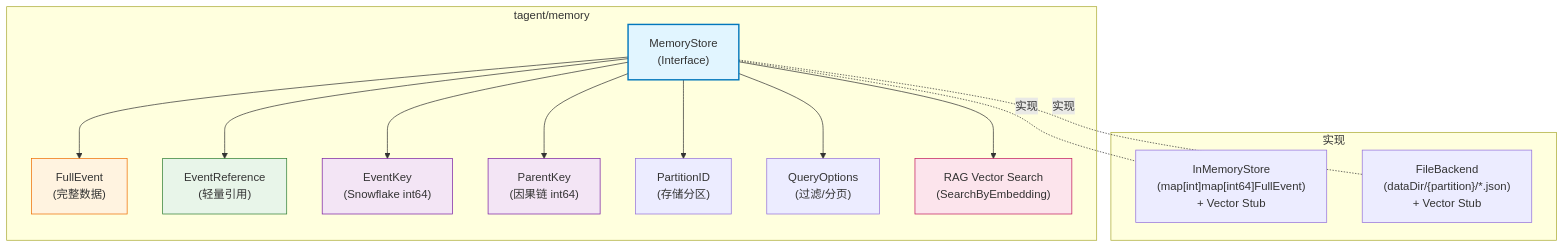
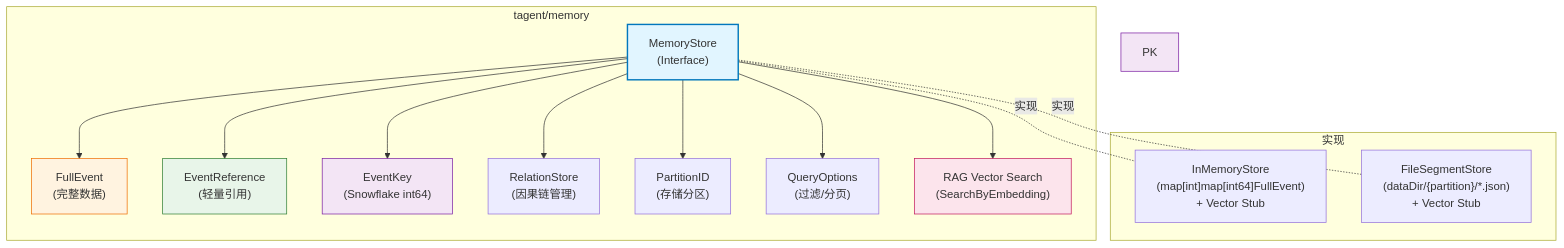
The first of 5 diagrams in docs/wiki/memory/memory-architecture.md (SpellingDragon/tagent), drawn with Mermaid before and after one commit. The commit also changed other lines of this file and 109 other files, not shown here.

````diff
--- a/docs/wiki/memory/memory-architecture.md
+++ b/docs/wiki/memory/memory-architecture.md
@@ -34,36 +38,36 @@
 ```mermaid
 graph TB
     subgraph "tagent/memory"
         MS["MemoryStore\n(Interface)"]
         FE["FullEvent\n(完整数据)"]
         ER["EventReference\n(轻量引用)"]
         EK["EventKey\n(Snowflake int64)"]
-        PK["ParentKey\n(因果链 int64)"]
+        RS["RelationStore\n(因果链管理)"]
         PID["PartitionID\n(存储分区)"]
         QO["QueryOptions\n(过滤/分页)"]
         RAG["RAG Vector Search\n(SearchByEmbedding)"]
     end
 
     subgraph "实现"
         IM["InMemoryStore\n(map[int]map[int64]FullEvent)\n+ Vector Stub"]
-        FB["FileBackend\n(dataDir/{partition}/*.json)\n+ Vector Stub"]
+        FB["FileSegmentStore\n(dataDir/{partition}/*.json)\n+ Vector Stub"]
     end
 
     MS --> FE
     MS --> ER
     MS --> EK
-    MS --> PK
+    MS --> RS
     MS --> PID
     MS --> QO
     MS --> RAG
 
     MS -.-|"实现"| IM
     MS -.-|"实现"| FB
 
     style MS fill:#e1f5ff,stroke:#0277bd,stroke-width:2px
     style FE fill:#fff3e0,stroke:#ef6c00
     style ER fill:#e8f5e9,stroke:#2e7d32
     style EK fill:#f3e5f5,stroke:#7b1fa2
     style PK fill:#f3e5f5,stroke:#7b1fa2
     style RAG fill:#fce4ec,stroke:#c2185b
 ```
````
